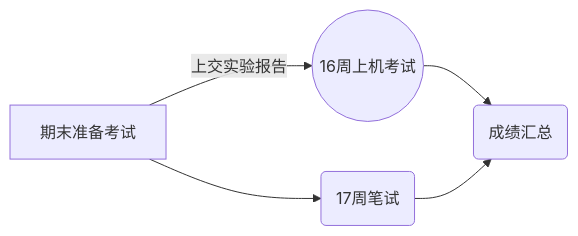
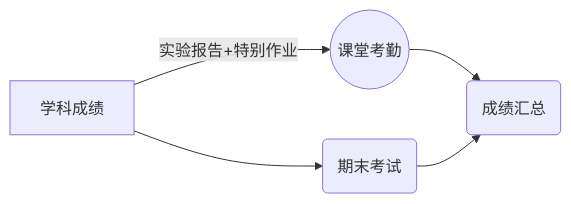
One commit to chinagjs/Network-Engineering-Class-of-2025 changed the diagram in Readme.md. Above: the diagram before and after it, drawn with Mermaid. The commit also changed other lines of this file, not shown here.

````diff
--- a/Readme.md
+++ b/Readme.md
@@ -11,7 +11,7 @@
 ```mermaid
 graph LR
-A[期末准备考试] -- 上交实验报告 --> B((16周上机考试))
-A --> C(17周笔试)
+A[学科成绩] -- 实验报告+特别作业 --> B((课堂考勤))
+A --> C(期末考试)
 B --> D(成绩汇总)
 C --> D
 ```
````
